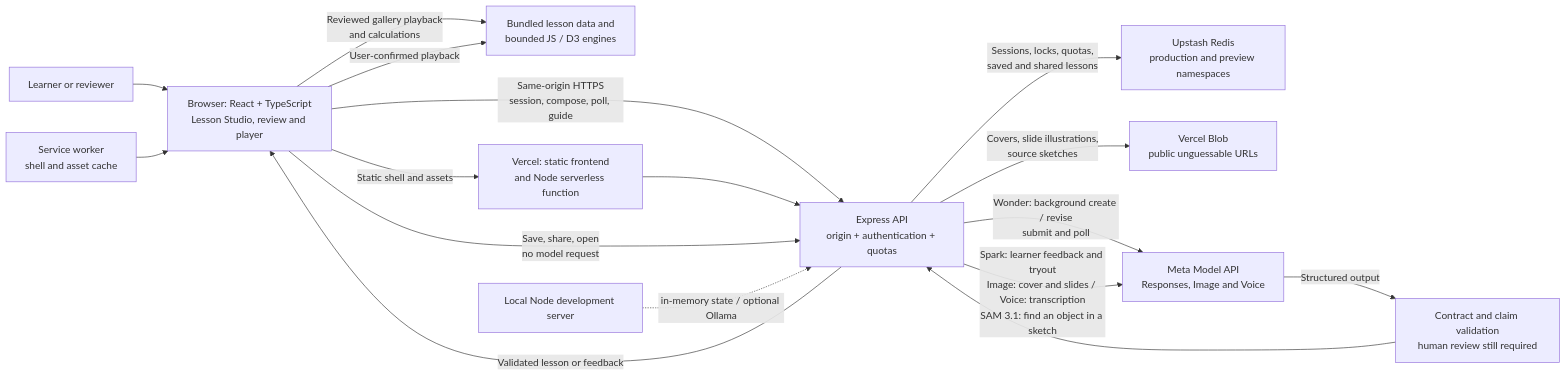
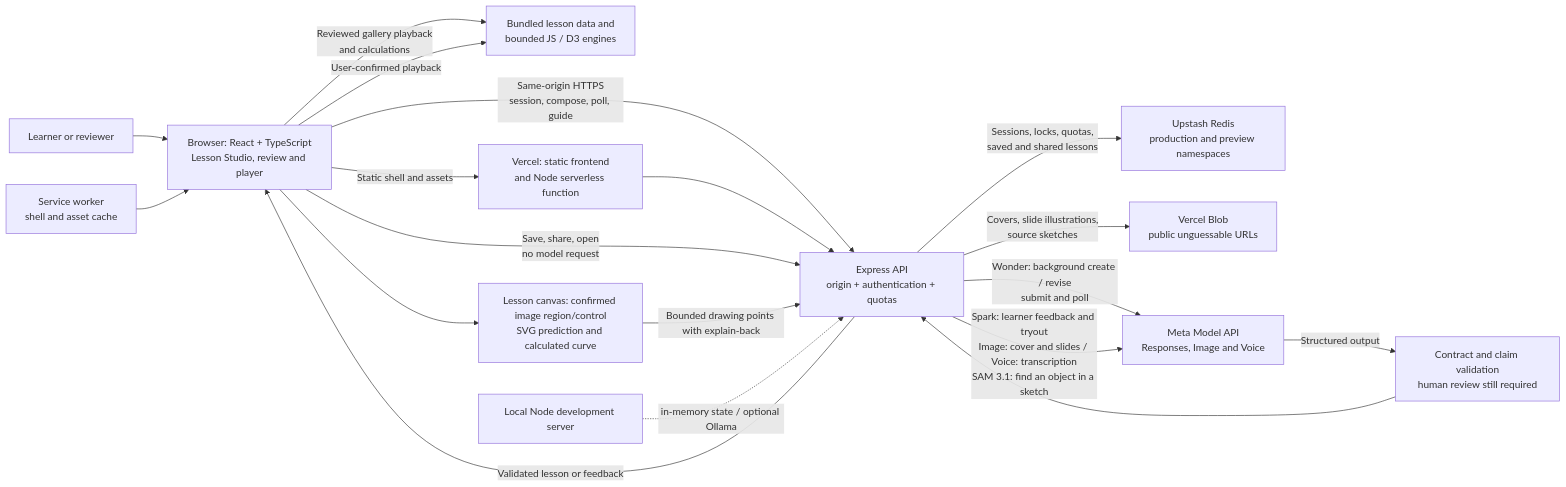
The diagram in docs/architecture.md (dorangao/explainbackapp), drawn with Mermaid before and after one commit. The commit also changed other lines of this file and 22 other files, not shown here.

Commit message:
Add interactive lesson canvas with prediction feedback

````diff
--- a/docs/architecture.md
+++ b/docs/architecture.md
@@ -5,19 +5,21 @@
 ```mermaid
 flowchart LR
   Learner["Learner or reviewer"] --> Browser["Browser: React + TypeScript<br/>Lesson Studio, review and player"]
   Browser -->|"Reviewed gallery playback<br/>and calculations"| Engine["Bundled lesson data and<br/>bounded JS / D3 engines"]
   Browser -->|"Static shell and assets"| Vercel["Vercel: static frontend<br/>and Node serverless function"]
   SW["Service worker<br/>shell and asset cache"] --> Browser
   Browser -->|"Same-origin HTTPS<br/>session, compose, poll, guide"| API["Express API<br/>origin + authentication + quotas"]
   Vercel --> API
   API -->|"Sessions, locks, quotas,<br/>saved and shared lessons"| Redis["Upstash Redis<br/>production and preview namespaces"]
   API -->|"Covers, slide illustrations,<br/>source sketches"| Blob["Vercel Blob<br/>public unguessable URLs"]
   Browser -->|"Save, share, open<br/>no model request"| API
   API -->|"Wonder: background create / revise<br/>submit and poll"| Meta["Meta Model API<br/>Responses, Image and Voice"]
   API -->|"Spark: learner feedback and tryout<br/>Image: cover and slides / Voice: transcription<br/>SAM 3.1: find an object in a sketch"| Meta
   Meta -->|"Structured output"| Validate["Contract and claim validation<br/>human review still required"]
   Validate --> API
   API -->|"Validated lesson or feedback"| Browser
   Browser -->|"User-confirmed playback"| Engine
+  Browser --> Canvas["Lesson canvas: confirmed image region/control<br/>SVG prediction and calculated curve"]
+  Canvas -->|"Bounded drawing points with explain-back"| API
   Local["Local Node development server"] -.->|"in-memory state / optional Ollama"| API
 ```
````
